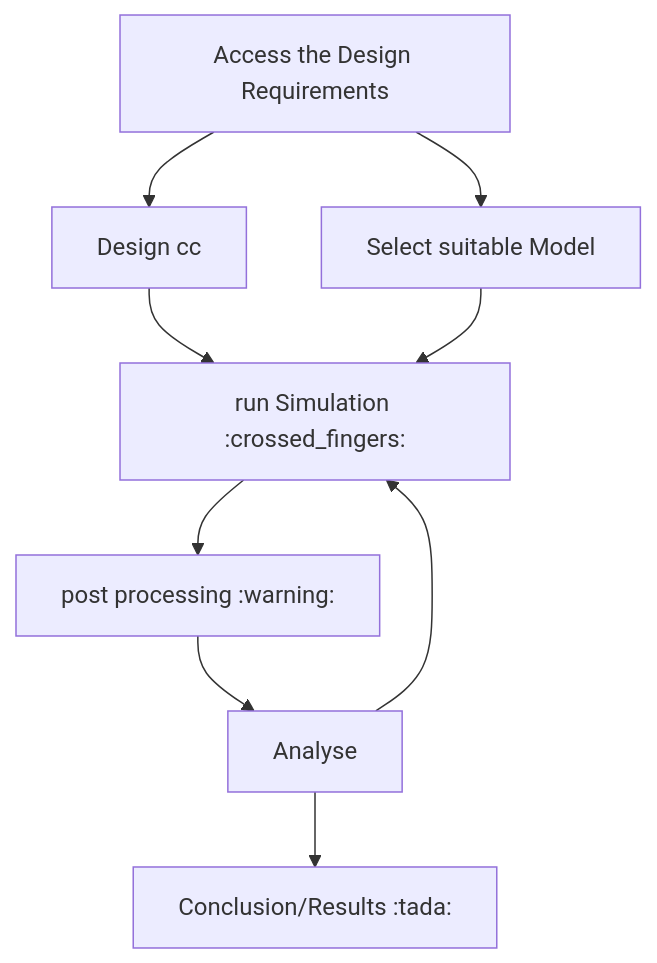
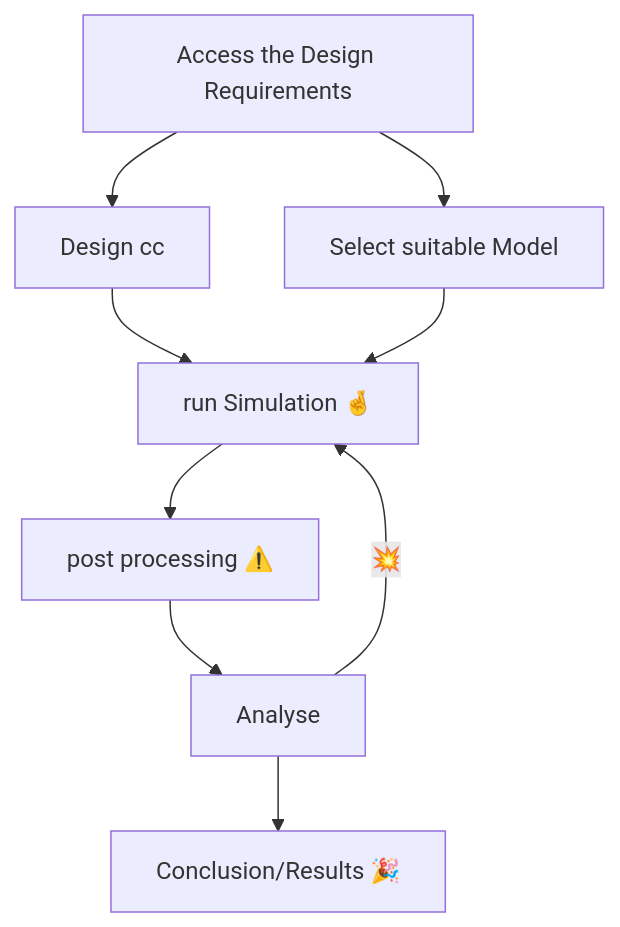
The diagram in README.md (tanishk-workspace/cryo-manuscripts), drawn with Mermaid before and after one commit.

Commit message:
process commit

````diff
--- a/README.md
+++ b/README.md
@@ -2,12 +2,12 @@
 ```mermaid
  flowchart TD;
  A[Access the Design Requirements]-->B[Design cc];
  A-->C[Select suitable Model];
  B-->D[Impliment model];
- C-->D[run Simulation :crossed_fingers:];
- D-->E[post processing :warning:];
+ C-->D[run Simulation 🤞];
+ D-->E[post processing ⚠️];
  E-->F[Analyse];
- F-->D
- F-->G[Conclusion/Results :tada:];
+ F--💥-->D
+ F-->G[Conclusion/Results 🎉];
   
 ```
````
